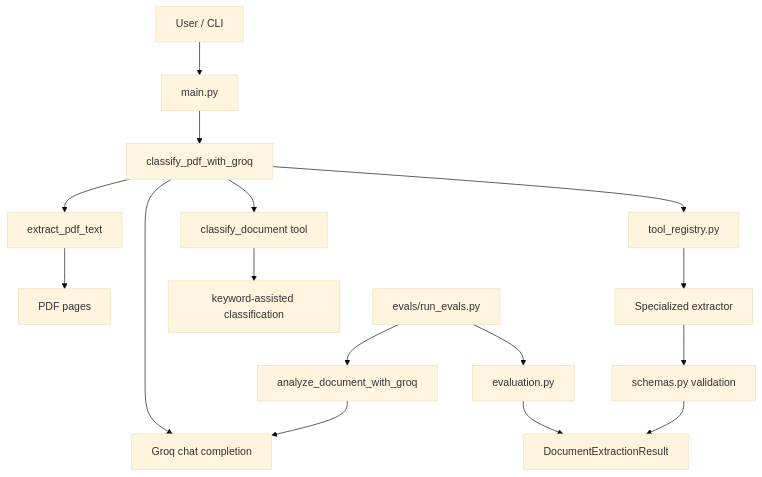
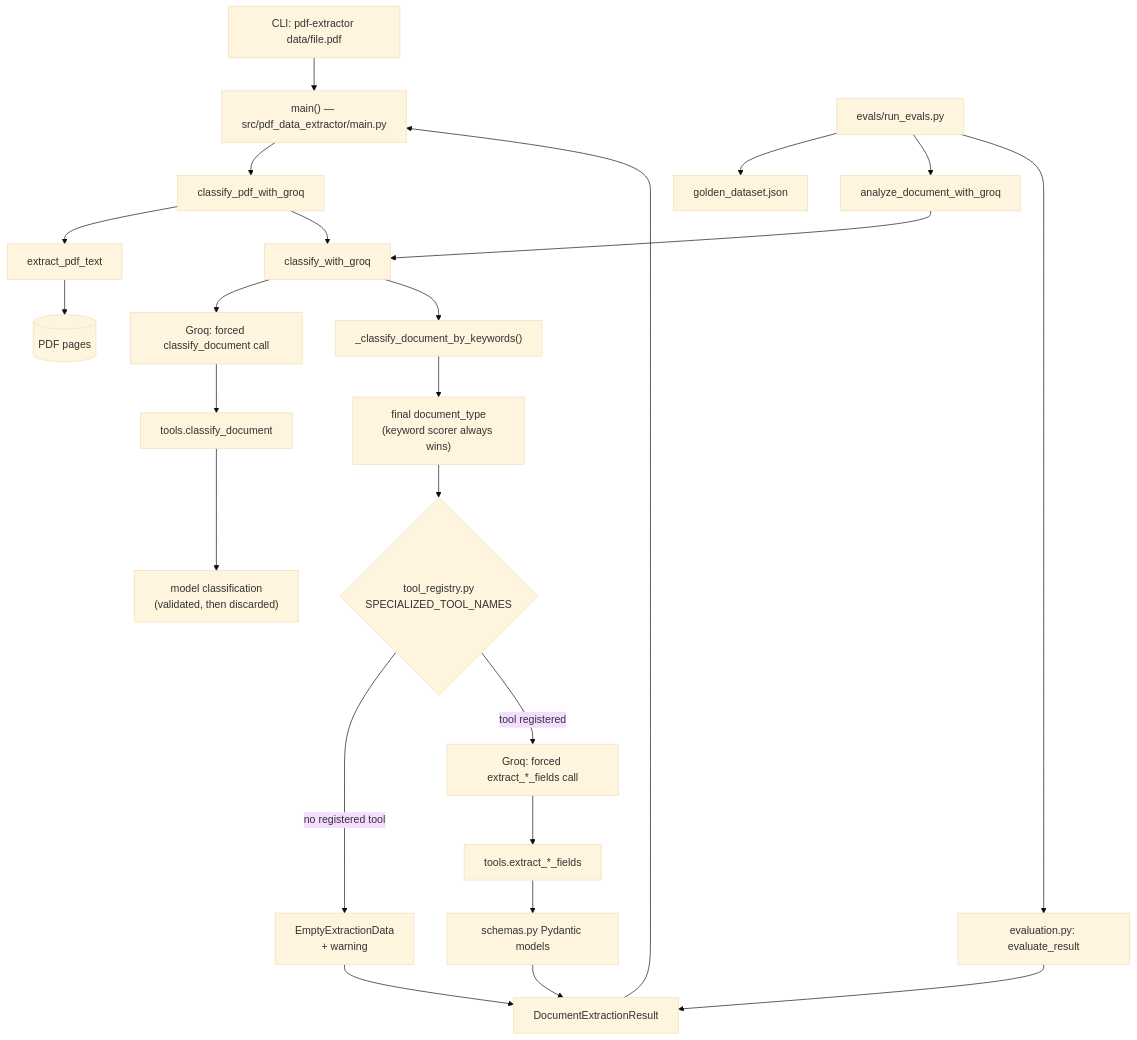
The diagram in README.md (E-techgod/pdf-data-extractor), drawn with Mermaid (base theme) before and after one commit. The commit also changed other lines of this file, not shown here.

Commit message:
Mofidy mermaid arch and pipeline

````diff
--- a/README.md
+++ b/README.md
@@ -51,19 +52,31 @@
 ```mermaid
 flowchart TD
-    U[User / CLI] --> M[main.py]
-    M --> P[classify_pdf_with_groq]
-    P --> L[extract_pdf_text]
-    L --> PDF[PDF pages]
-    P --> G[Groq chat completion]
-    P --> C[classify_document tool]
-    C --> K[keyword-assisted classification]
-    P --> R[tool_registry.py]
-    R --> X[Specialized extractor]
-    X --> S[schemas.py validation]
-    S --> O[DocumentExtractionResult]
+    U["CLI: pdf-extractor data/file.pdf"] --> M["main() — src/pdf_data_extractor/main.py"]
+    M --> CPG[classify_pdf_with_groq]
+    CPG --> EXT[extract_pdf_text]
+    EXT --> PDF[(PDF pages)]
+    CPG --> CWG[classify_with_groq]
 
-    E[evals/run_evals.py] --> A[analyze_document_with_groq]
-    A --> G
-    E --> V[evaluation.py]
-    V --> O
+    CWG --> G1["Groq: forced classify_document call"]
+    G1 --> T1[tools.classify_document]
+    T1 --> LLMC["model classification\n(validated, then discarded)"]
+
+    CWG --> KW["_classify_document_by_keywords()"]
+    KW --> FINAL["final document_type\n(keyword scorer always wins)"]
+
+    FINAL --> LOOKUP{"tool_registry.py\nSPECIALIZED_TOOL_NAMES"}
+    LOOKUP -->|"no registered tool"| EMPTY["EmptyExtractionData\n+ warning"]
+    LOOKUP -->|"tool registered"| G2["Groq: forced extract_*_fields call"]
+
+    G2 --> T2["tools.extract_*_fields"]
+    T2 --> SCH["schemas.py Pydantic models"]
+    SCH --> RESULT[DocumentExtractionResult]
+    EMPTY --> RESULT
+    RESULT --> M
+
+    RE[evals/run_evals.py] --> GD["golden_dataset.json"]
+    RE --> ADG[analyze_document_with_groq]
+    ADG --> CWG
+    RE --> EVAL["evaluation.py: evaluate_result"]
+    EVAL --> RESULT
 ```
````
